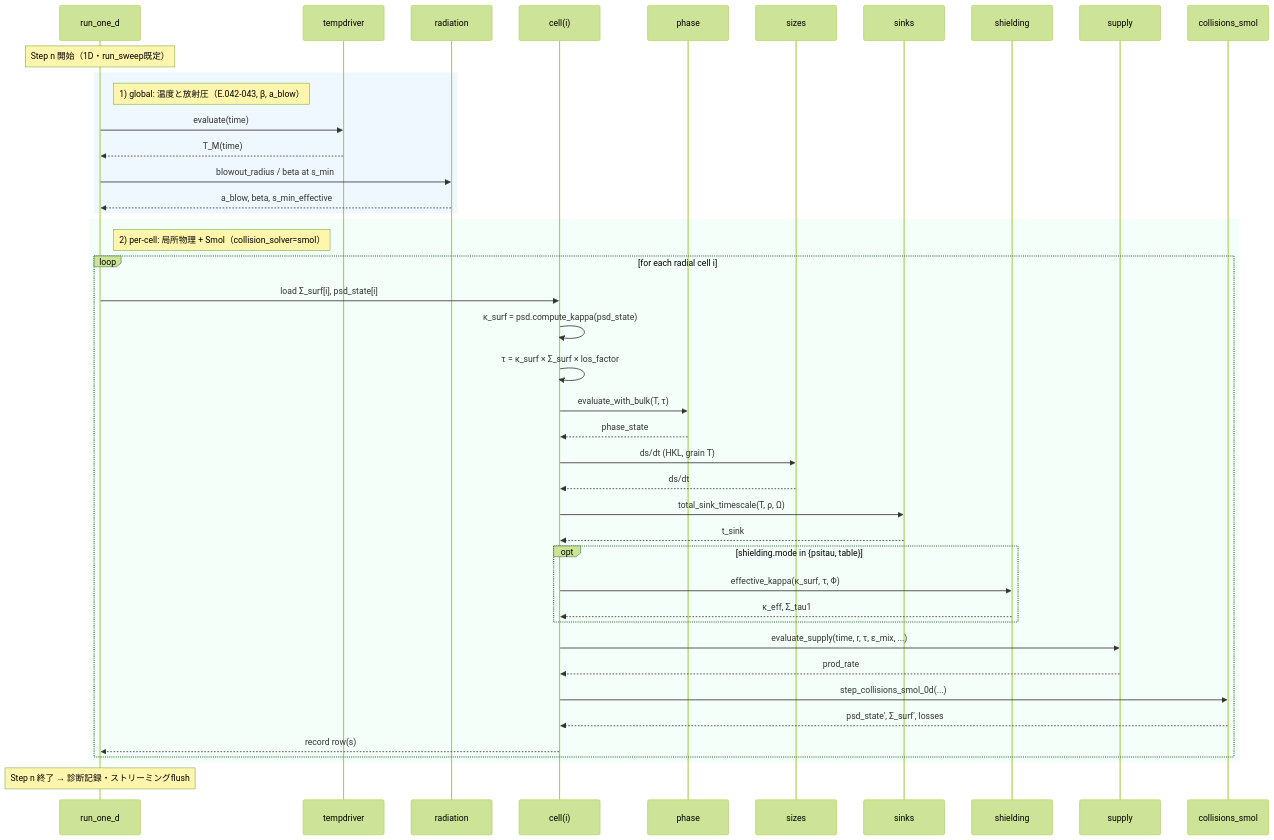
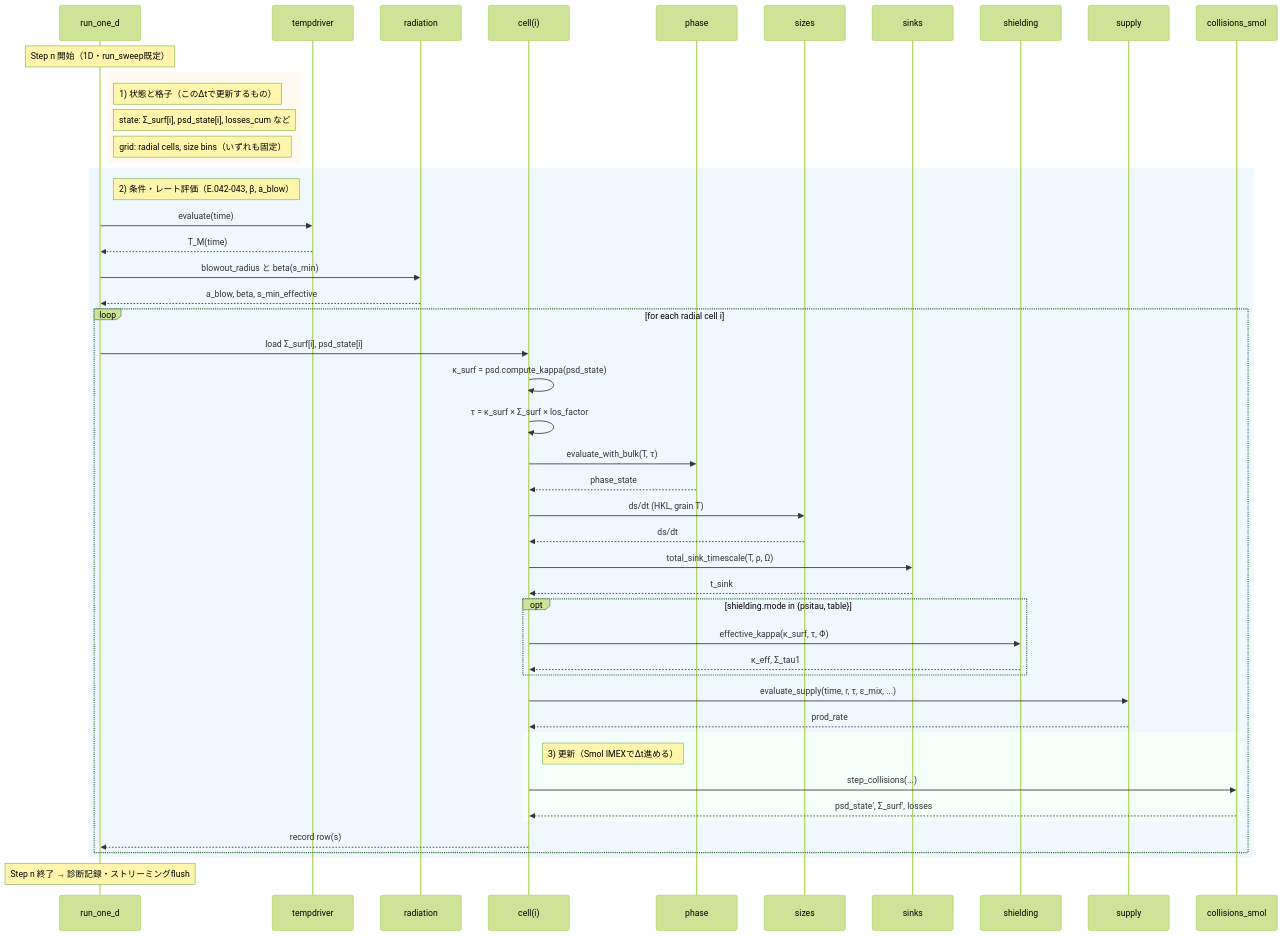
One commit to Einfeld686/MarsDiskSimulation changed the third of 9 diagrams in analysis/physics_flow.md. Above: the diagram before and after it, drawn with Mermaid (forest theme). The commit also changed other lines of this file and 1 other file, not shown here.

Commit message:
Docs: split timestep flow into 3 stages

````diff
--- a/analysis/physics_flow.md
+++ b/analysis/physics_flow.md
@@ -95,49 +101,54 @@
 ```mermaid
 sequenceDiagram
     participant R as run_one_d
     participant TD as tempdriver
     participant RAD as radiation
     participant CELL as cell(i)
     participant PH as phase
     participant SZ as sizes
     participant SK as sinks
     participant SH as shielding
     participant SP as supply
     participant SM as collisions_smol
 
     Note over R: Step n 開始（1D・run_sweep既定）
 
+    rect rgb(255, 250, 240)
+        Note right of R: 1) 状態と格子（このΔtで更新するもの）
+        Note right of R: state: Σ_surf[i], psd_state[i], losses_cum など
+        Note right of R: grid: radial cells, size bins（いずれも固定）
+    end
+
     rect rgb(240, 248, 255)
-        Note right of R: 1) global: 温度と放射圧（E.042-043, β, a_blow）
+        Note right of R: 2) 条件・レート評価（E.042-043, β, a_blow）
         R->>TD: evaluate(time)
         TD-->>R: T_M(time)
-        R->>RAD: blowout_radius / beta at s_min
+        R->>RAD: blowout_radius と beta(s_min)
         RAD-->>R: a_blow, beta, s_min_effective
-    end
-
-    rect rgb(245, 255, 250)
-        Note right of R: 2) per-cell: 局所物理 + Smol（collision_solver=smol）
         loop for each radial cell i
             R->>CELL: load Σ_surf[i], psd_state[i]
             CELL->>CELL: κ_surf = psd.compute_kappa(psd_state)
             CELL->>CELL: τ = κ_surf × Σ_surf × los_factor
             CELL->>PH: evaluate_with_bulk(T, τ)
             PH-->>CELL: phase_state
             CELL->>SZ: ds/dt (HKL, grain T)
             SZ-->>CELL: ds/dt
             CELL->>SK: total_sink_timescale(T, ρ, Ω)
             SK-->>CELL: t_sink
             opt shielding.mode in {psitau, table}
                 CELL->>SH: effective_kappa(κ_surf, τ, Φ)
                 SH-->>CELL: κ_eff, Σ_tau1
             end
             CELL->>SP: evaluate_supply(time, r, τ, ε_mix, ...)
             SP-->>CELL: prod_rate
-            CELL->>SM: step_collisions_smol_0d(...)
-            SM-->>CELL: psd_state', Σ_surf', losses
+            rect rgb(245, 255, 250)
+                Note right of CELL: 3) 更新（Smol IMEXでΔt進める）
+                CELL->>SM: step_collisions(...)
+                SM-->>CELL: psd_state', Σ_surf', losses
+            end
             CELL-->>R: record row(s)
         end
     end
 
     Note over R: Step n 終了 → 診断記録・ストリーミングflush
 ```
````
